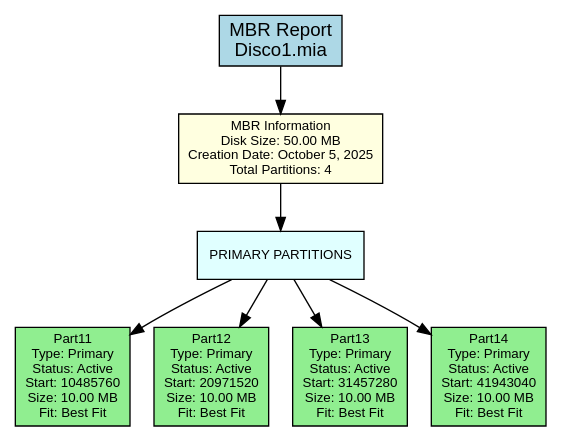
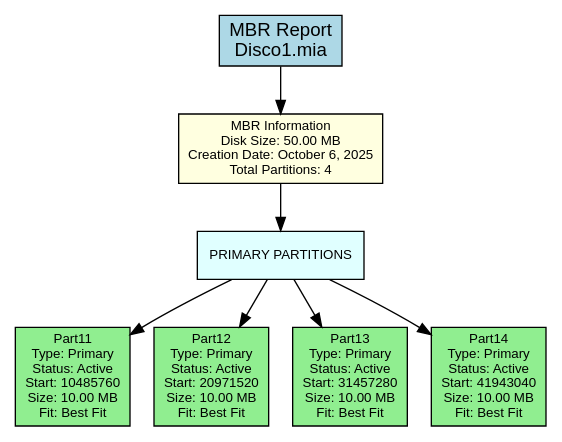
The diagram in backend/provider/reports/src/mbr_381A.dot (DiegVas/MIA_2S2025_P2_202300638), drawn with Graphviz before and after one commit. The commit also changed 24 other files, not shown here.

```diff
--- a/backend/provider/reports/src/mbr_381A.dot
+++ b/backend/provider/reports/src/mbr_381A.dot
@@ -1,24 +1,24 @@
 digraph MBR_Report {
     rankdir=TB;
     node [shape=box, style=filled];
     graph [fontname="Arial", fontsize=12];
     node [fontname="Arial", fontsize=10];
     edge [fontname="Arial"];
 
     title [label="MBR Report\nDisco1.mia", fillcolor=lightblue, fontsize=14];
 
-    mbr_info [label="MBR Information\nDisk Size: 50.00 MB\nCreation Date: October 5, 2025\nTotal Partitions: 4", fillcolor=lightyellow];
+    mbr_info [label="MBR Information\nDisk Size: 50.00 MB\nCreation Date: October 6, 2025\nTotal Partitions: 4", fillcolor=lightyellow];
 
     primary_section [label="PRIMARY PARTITIONS", shape=box, style=filled, fillcolor=lightcyan];
     primary_0 [label="Part11\nType: Primary\nStatus: Active\nStart: 10485760\nSize: 10.00 MB\nFit: Best Fit", fillcolor=lightgreen];
     primary_section -> primary_0;
     primary_1 [label="Part12\nType: Primary\nStatus: Active\nStart: 20971520\nSize: 10.00 MB\nFit: Best Fit", fillcolor=lightgreen];
     primary_section -> primary_1;
     primary_2 [label="Part13\nType: Primary\nStatus: Active\nStart: 31457280\nSize: 10.00 MB\nFit: Best Fit", fillcolor=lightgreen];
     primary_section -> primary_2;
     primary_3 [label="Part14\nType: Primary\nStatus: Active\nStart: 41943040\nSize: 10.00 MB\nFit: Best Fit", fillcolor=lightgreen];
     primary_section -> primary_3;
 
     title -> mbr_info;
     mbr_info -> primary_section;
 }
```
